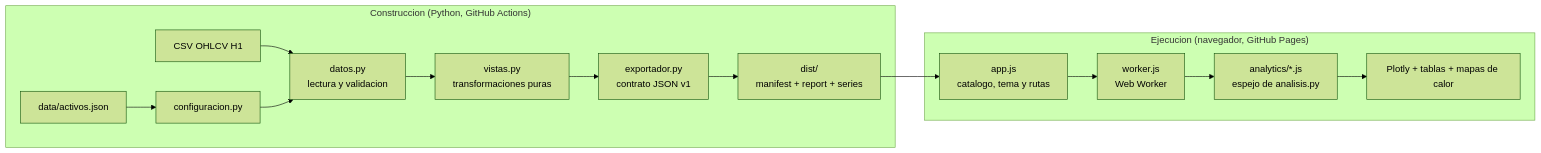
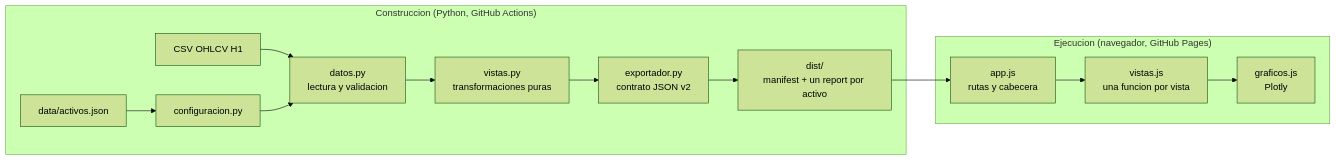
Before and after one commit to Seggov/seasonal-market-dashboard: the diagram in README.md, drawn with Mermaid (forest theme). The commit also changed other lines of this file and 2 other files, not shown here.

First line of the commit message:
docs: document the visualization-only architecture

````diff
--- a/README.md
+++ b/README.md
@@ -114,18 +108,17 @@
 ```mermaid
 flowchart LR
     subgraph build["Construccion (Python, GitHub Actions)"]
         catalog["data/activos.json"] --> config["configuracion.py"]
         csv["CSV OHLCV H1"] --> data["datos.py<br/>lectura y validacion"]
         config --> data
         data --> views["vistas.py<br/>transformaciones puras"]
-        views --> export["exportador.py<br/>contrato JSON v1"]
-        export --> dist["dist/<br/>manifest + report + series"]
+        views --> export["exportador.py<br/>contrato JSON v2"]
+        export --> dist["dist/<br/>manifest + un report por activo"]
     end
 
     subgraph run["Ejecucion (navegador, GitHub Pages)"]
-        dist --> app["app.js<br/>catalogo, tema y rutas"]
-        app --> worker["worker.js<br/>Web Worker"]
-        worker --> core["analytics/*.js<br/>espejo de analisis.py"]
-        core --> charts["Plotly + tablas + mapas de calor"]
+        dist --> app["app.js<br/>rutas y cabecera"]
+        app --> vistas["vistas.js<br/>una funcion por vista"]
+        vistas --> charts["graficos.js<br/>Plotly"]
     end
 ```
````
